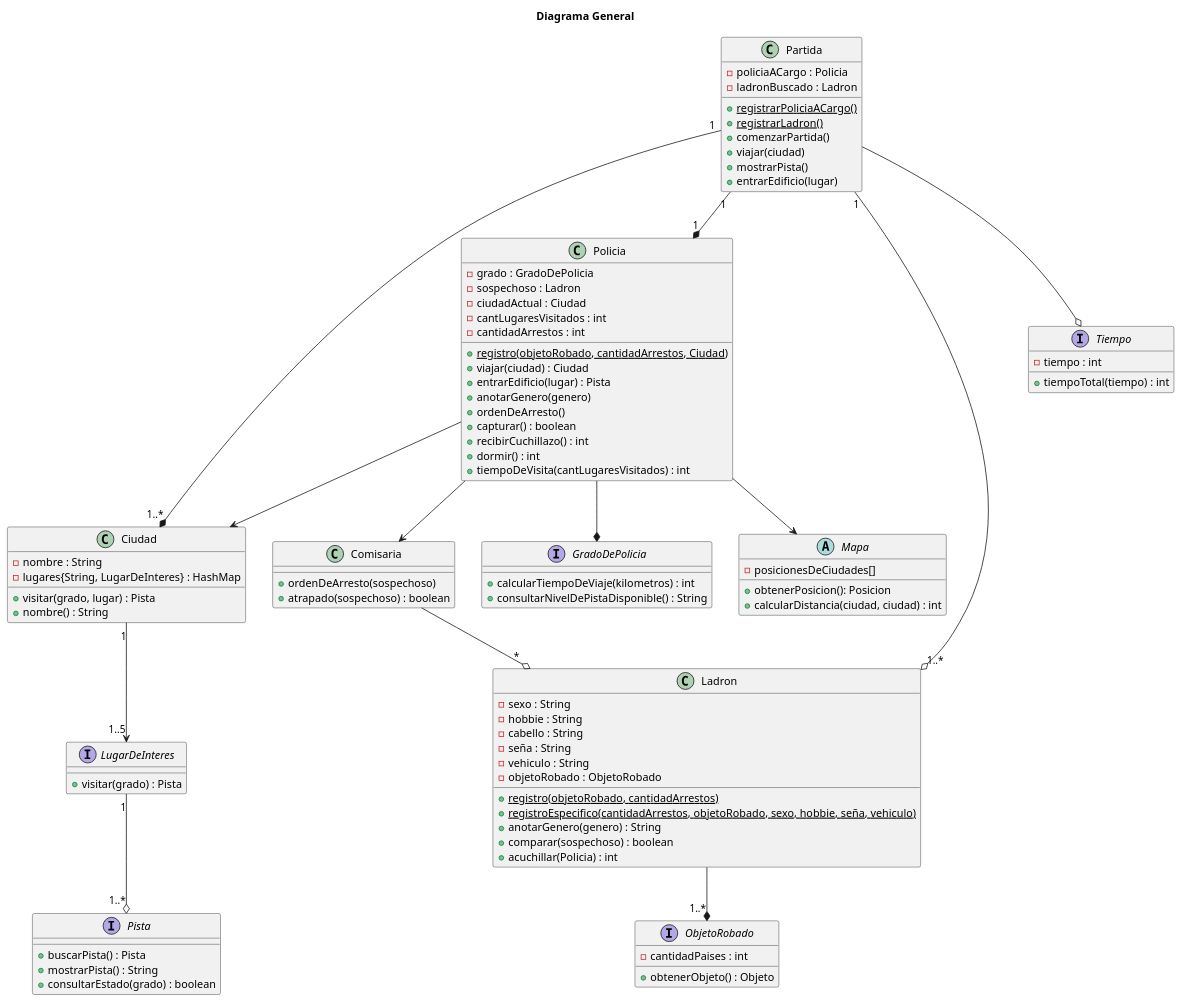
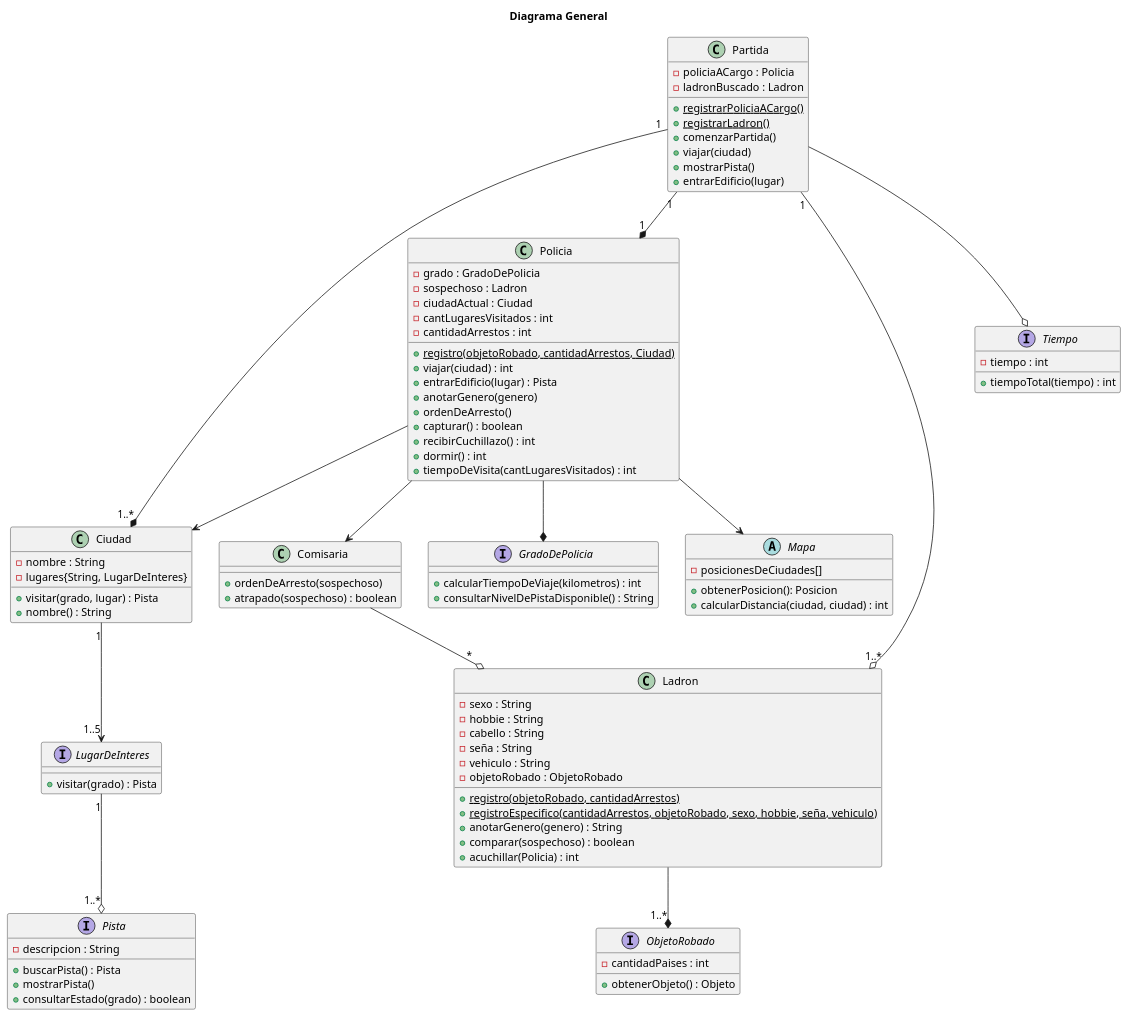
The diagram in diagrams/classes/DC_general.puml (kmu01/Algo3_tp2), drawn with PlantUML before and after one commit. The commit also changed 8 other files, not shown here.

```diff
--- a/diagrams/classes/DC_general.puml
+++ b/diagrams/classes/DC_general.puml
@@ -1,103 +1,104 @@
 @startuml 
 title Diagrama General
 
 
 class Ciudad{
     - nombre : String
-    - lugares{String, LugarDeInteres} : HashMap
+    - lugares{String, LugarDeInteres}
     + visitar(grado, lugar) : Pista
     + nombre() : String
 
 }
 class Partida{
     - policiaACargo : Policia
     - ladronBuscado : Ladron
     + {static} registrarPoliciaACargo()
     + {static} registrarLadron()
     + comenzarPartida()
     + viajar(ciudad)
     + mostrarPista()
     + entrarEdificio(lugar)
 }
 
 class Comisaria{
     + ordenDeArresto(sospechoso)
     + atrapado(sospechoso) : boolean
 }
 class Ladron{
     - sexo : String
     - hobbie : String
     - cabello : String
     - seña : String
     - vehiculo : String
     - objetoRobado : ObjetoRobado
     + {static} registro(objetoRobado, cantidadArrestos)
     + {static} registroEspecifico(cantidadArrestos, objetoRobado, sexo, hobbie, seña, vehiculo)
     + anotarGenero(genero) : String
     + comparar(sospechoso) : boolean
     + acuchillar(Policia) : int
 }
 
 class Policia{
     - grado : GradoDePolicia
     - sospechoso : Ladron
     - ciudadActual : Ciudad
     - cantLugaresVisitados : int
     - cantidadArrestos : int
     + {static} registro(objetoRobado, cantidadArrestos, Ciudad)
-    + viajar(ciudad) : Ciudad
+    + viajar(ciudad) : int
     + entrarEdificio(lugar) : Pista
     + anotarGenero(genero)
     + ordenDeArresto()
     + capturar() : boolean
     + recibirCuchillazo() : int
     + dormir() : int
     + tiempoDeVisita(cantLugaresVisitados) : int
 }
 
 abstract Mapa{
     - posicionesDeCiudades[]
     + obtenerPosicion(): Posicion
     + calcularDistancia(ciudad, ciudad) : int
 }
 
 interface GradoDePolicia{
     + calcularTiempoDeViaje(kilometros) : int
     + consultarNivelDePistaDisponible() : String
 }
 
 interface LugarDeInteres{
     + visitar(grado) : Pista
 }
 
 interface Pista{
+    - descripcion : String
     + buscarPista() : Pista
-    + mostrarPista() : String
+    + mostrarPista()
     + consultarEstado(grado) : boolean
 }
 
 interface ObjetoRobado{
     - cantidadPaises : int
 	+ obtenerObjeto() : Objeto
 }
 
 interface Tiempo{
     - tiempo : int
     + tiempoTotal(tiempo) : int
 }
 
 
 Partida "1" --o "1..*" Ladron
 Partida"1" --* "1"Policia
 Partida --o Tiempo
 Policia --* GradoDePolicia
 Policia --> Comisaria
 Policia --> Mapa
 Partida "1" --* "1..*" Ciudad
 Policia --> Ciudad
 Ciudad "1" --> "1..5"LugarDeInteres
 LugarDeInteres "1" --o "1..*" Pista
 Ladron --* "1..*" ObjetoRobado
 Comisaria --o "*" Ladron
 
 @enduml
```
